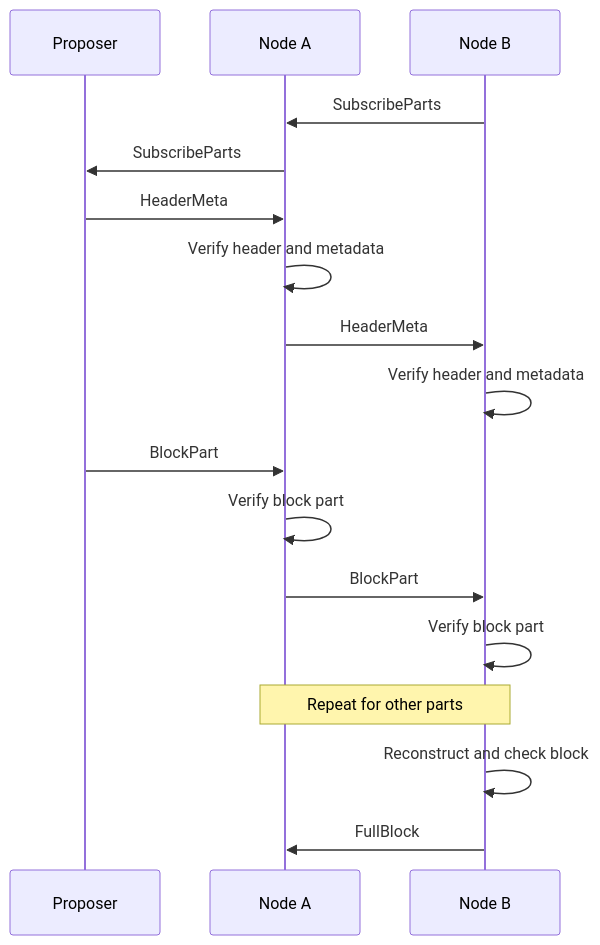
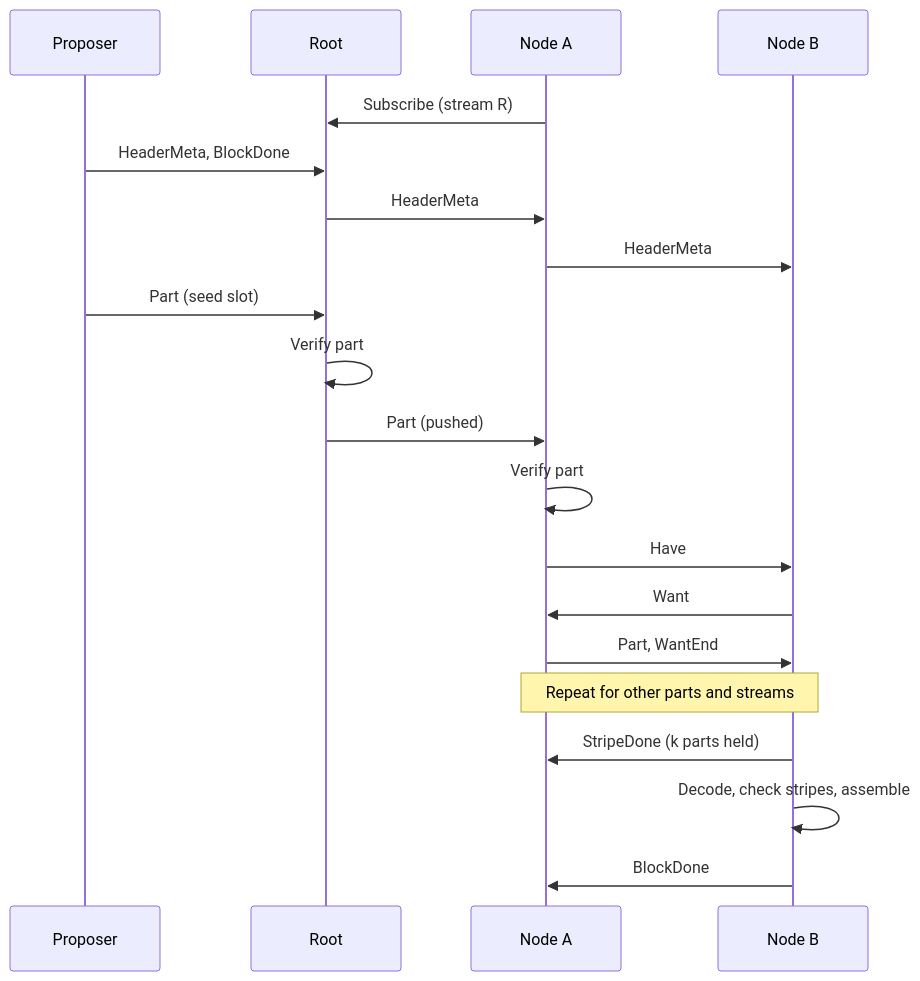
One commit to zakura-core/zakura changed the diagram in docs/design/dogwood.md. Above: the diagram before and after it, drawn with Mermaid. The commit also changed other lines of this file and 2 other files, not shown here.

First line of the commit message:
docs(dogwood): rewrite the spec and design around pull-first streams

````diff
--- a/docs/design/dogwood.md
+++ b/docs/design/dogwood.md
@@ -110,19 +129,22 @@
 ```mermaid
 sequenceDiagram
     participant P as Proposer
+    participant R as Root
     participant A as Node A
     participant B as Node B
-    B->>A: SubscribeParts
-    A->>P: SubscribeParts
-    P->>A: HeaderMeta
-    A->>A: Verify header and metadata
+    A->>R: Subscribe (stream R)
+    P->>R: HeaderMeta, BlockDone
+    R->>A: HeaderMeta
     A->>B: HeaderMeta
-    B->>B: Verify header and metadata
-    P->>A: BlockPart
-    A->>A: Verify block part
-    A->>B: BlockPart
-    B->>B: Verify block part
-    Note over A,B: Repeat for other parts
-    B->>B: Reconstruct and check block
-    B->>A: FullBlock
+    P->>R: Part (seed slot)
+    R->>R: Verify part
+    R->>A: Part (pushed)
+    A->>A: Verify part
+    A->>B: Have
+    B->>A: Want
+    A->>B: Part, WantEnd
+    Note over A,B: Repeat for other parts and streams
+    B->>A: StripeDone (k parts held)
+    B->>B: Decode, check stripes, assemble
+    B->>A: BlockDone
 ```
````
